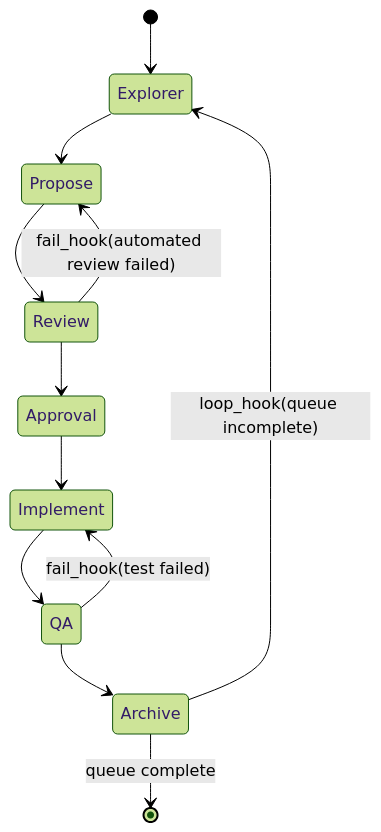
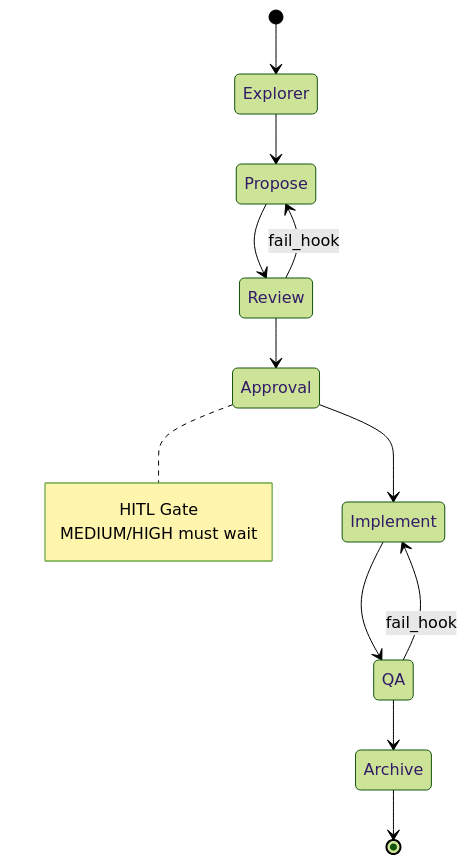
One commit to listener-He/java-harness-agent changed the eighth of 11 diagrams in ENGINEERING_MANUAL.md. Above: the diagram before and after it, drawn with Mermaid (forest theme). The commit also changed other lines of this file and 28 other files, not shown here.

````diff
--- a/ENGINEERING_MANUAL.md
+++ b/ENGINEERING_MANUAL.md
@@ -534,15 +733,19 @@
 ```mermaid
 stateDiagram-v2
   [*] --> Explorer
   Explorer --> Propose
   Propose --> Review
   Review --> Approval
   Approval --> Implement
   Implement --> QA
   QA --> Archive
-  Archive --> Explorer : loop_hook(queue incomplete)
-  Archive --> [*] : queue complete
+  Archive --> [*]
 
-  Review --> Propose : fail_hook(automated review failed)
-  QA --> Implement : fail_hook(test failed)
+  Review --> Propose: fail_hook
+  QA --> Implement: fail_hook
+
+  note right of Approval
+    HITL Gate
+    MEDIUM/HIGH must wait
+  end note
 ```
````
